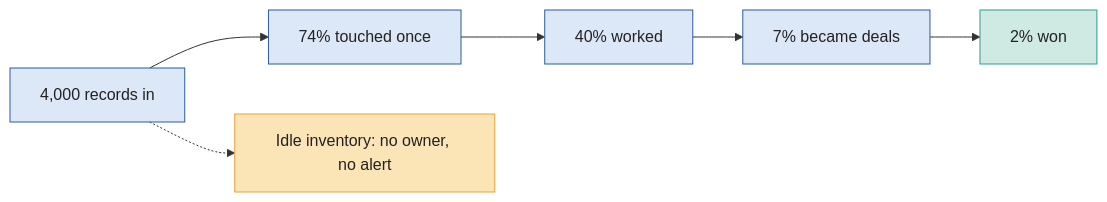
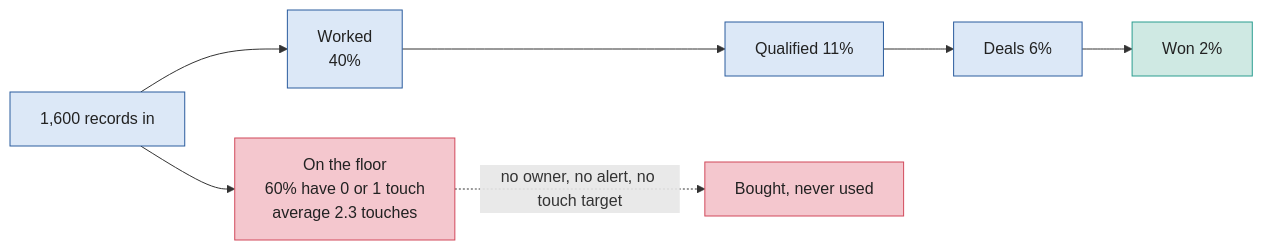
One commit to rbanola1/RevOps-Portfolio changed the first of 2 diagrams in 11-pipeline-health-analysis/diagrams/crm_factory.md. Above: the diagram before and after it, drawn with Mermaid. The commit also changed other lines of this file and 64 other files, not shown here.

Commit message:
Audit fixes: service desk workflows, sales pipeline structure, CRM factory (touches on the floor), consistent scoring cut-offs, small-company scale for 02, 06, 07, 08, 12, 13

````diff
--- a/11-pipeline-health-analysis/diagrams/crm_factory.md
+++ b/11-pipeline-health-analysis/diagrams/crm_factory.md
@@ -6,11 +6,13 @@
 ```mermaid
 flowchart LR
-    A["4,000 records in"] --> B["74% touched once"] --> C["40% worked"] --> D["7% became deals"] --> E["2% won"]
-    A -.-> W["Idle inventory: no owner, no alert"]
+    IN["1,600 records in"] --> FL["On the floor<br>60% have 0 or 1 touch<br>average 2.3 touches"]
+    IN --> W["Worked<br>40%"]
+    W --> Q["Qualified 11%"] --> D["Deals 6%"] --> X["Won 2%"]
+    FL -.->|"no owner, no alert, no touch target"| LOST["Bought, never used"]
     classDef a fill:#DCE8F7,stroke:#2B5C9E,color:#222
     classDef g fill:#CFE9E3,stroke:#2A9D8F,color:#222
-    classDef y fill:#FBE5B6,stroke:#E9A23B,color:#222
-    class A,B,C,D a
-    class E g
-    class W y
+    classDef r fill:#F4C7CE,stroke:#D1495B,color:#222
+    class IN,W,Q,D a
+    class X g
+    class FL,LOST r
 ```
````
